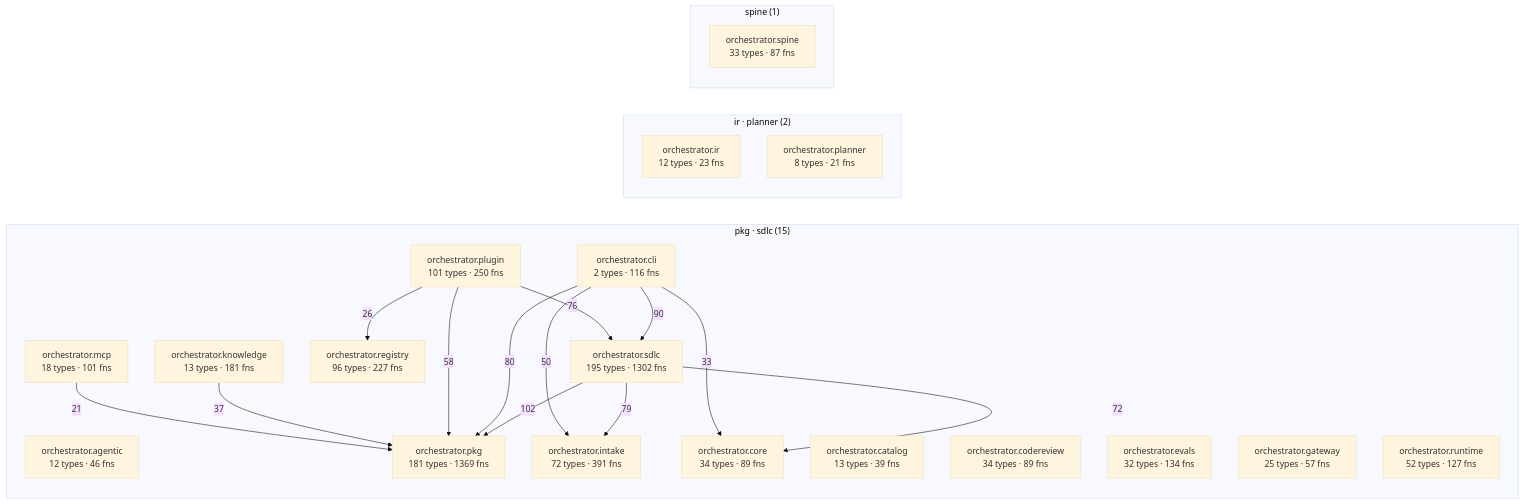
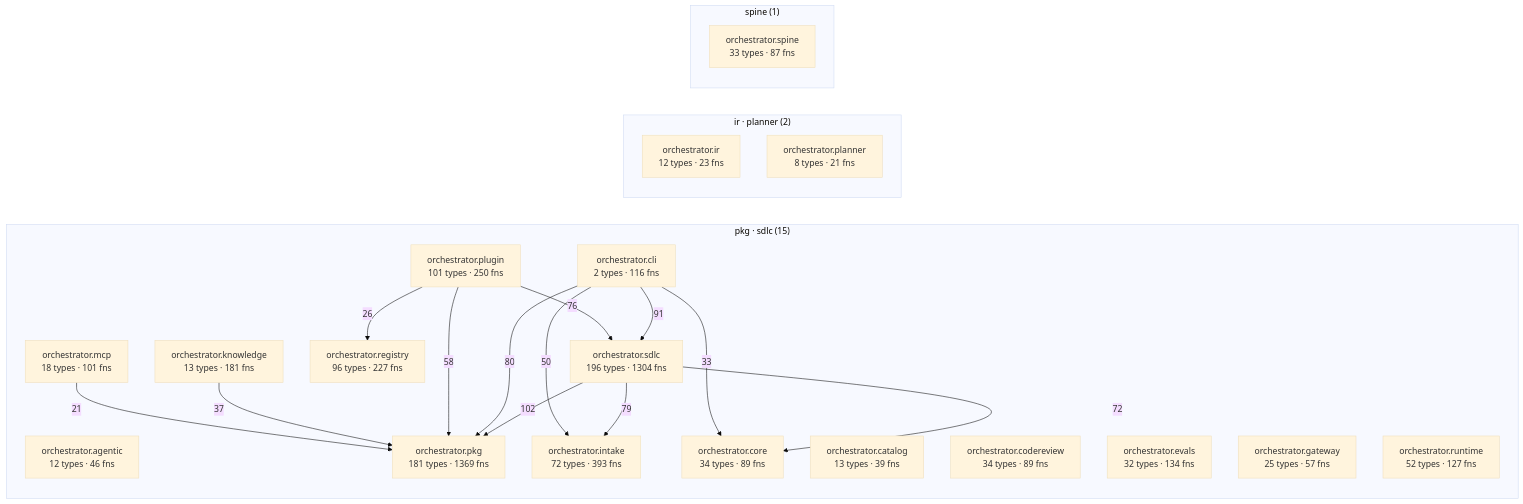
The diagram in episteme/architecture.md (synaptixs/spine), drawn with Mermaid (base theme) before and after one commit. The commit also changed other lines of this file and 19 other files, not shown here.

````diff
--- a/episteme/architecture.md
+++ b/episteme/architecture.md
@@ -56,39 +56,39 @@
 ```mermaid
 flowchart LR
   subgraph c_2["pkg · sdlc (15)"]
     aorchestratoragentic["orchestrator.agentic<br/>12 types · 46 fns"]
     aorchestratorcatalog["orchestrator.catalog<br/>13 types · 39 fns"]
     aorchestratorcli["orchestrator.cli<br/>2 types · 116 fns"]
     aorchestratorcodereview["orchestrator.codereview<br/>34 types · 89 fns"]
     aorchestratorcore["orchestrator.core<br/>34 types · 89 fns"]
     aorchestratorevals["orchestrator.evals<br/>32 types · 134 fns"]
     aorchestratorgateway["orchestrator.gateway<br/>25 types · 57 fns"]
-    aorchestratorintake["orchestrator.intake<br/>72 types · 391 fns"]
+    aorchestratorintake["orchestrator.intake<br/>72 types · 393 fns"]
     aorchestratorknowledge["orchestrator.knowledge<br/>13 types · 181 fns"]
     aorchestratormcp["orchestrator.mcp<br/>18 types · 101 fns"]
     aorchestratorpkg["orchestrator.pkg<br/>181 types · 1369 fns"]
     aorchestratorplugin["orchestrator.plugin<br/>101 types · 250 fns"]
     aorchestratorregistry["orchestrator.registry<br/>96 types · 227 fns"]
     aorchestratorruntime["orchestrator.runtime<br/>52 types · 127 fns"]
-    aorchestratorsdlc["orchestrator.sdlc<br/>195 types · 1302 fns"]
+    aorchestratorsdlc["orchestrator.sdlc<br/>196 types · 1304 fns"]
   end
   subgraph c_6["ir · planner (2)"]
     aorchestratorir["orchestrator.ir<br/>12 types · 23 fns"]
     aorchestratorplanner["orchestrator.planner<br/>8 types · 21 fns"]
   end
   subgraph c_11["spine (1)"]
     aorchestratorspine["orchestrator.spine<br/>33 types · 87 fns"]
   end
   aorchestratorsdlc -->|102| aorchestratorpkg
-  aorchestratorcli -->|90| aorchestratorsdlc
+  aorchestratorcli -->|91| aorchestratorsdlc
   aorchestratorcli -->|80| aorchestratorpkg
   aorchestratorsdlc -->|79| aorchestratorintake
   aorchestratorplugin -->|76| aorchestratorsdlc
   aorchestratorsdlc -->|72| aorchestratorcore
   aorchestratorplugin -->|58| aorchestratorpkg
   aorchestratorcli -->|50| aorchestratorintake
   aorchestratorknowledge -->|37| aorchestratorpkg
   aorchestratorcli -->|33| aorchestratorcore
   aorchestratorplugin -->|26| aorchestratorregistry
   aorchestratormcp -->|21| aorchestratorpkg
 ```
````
